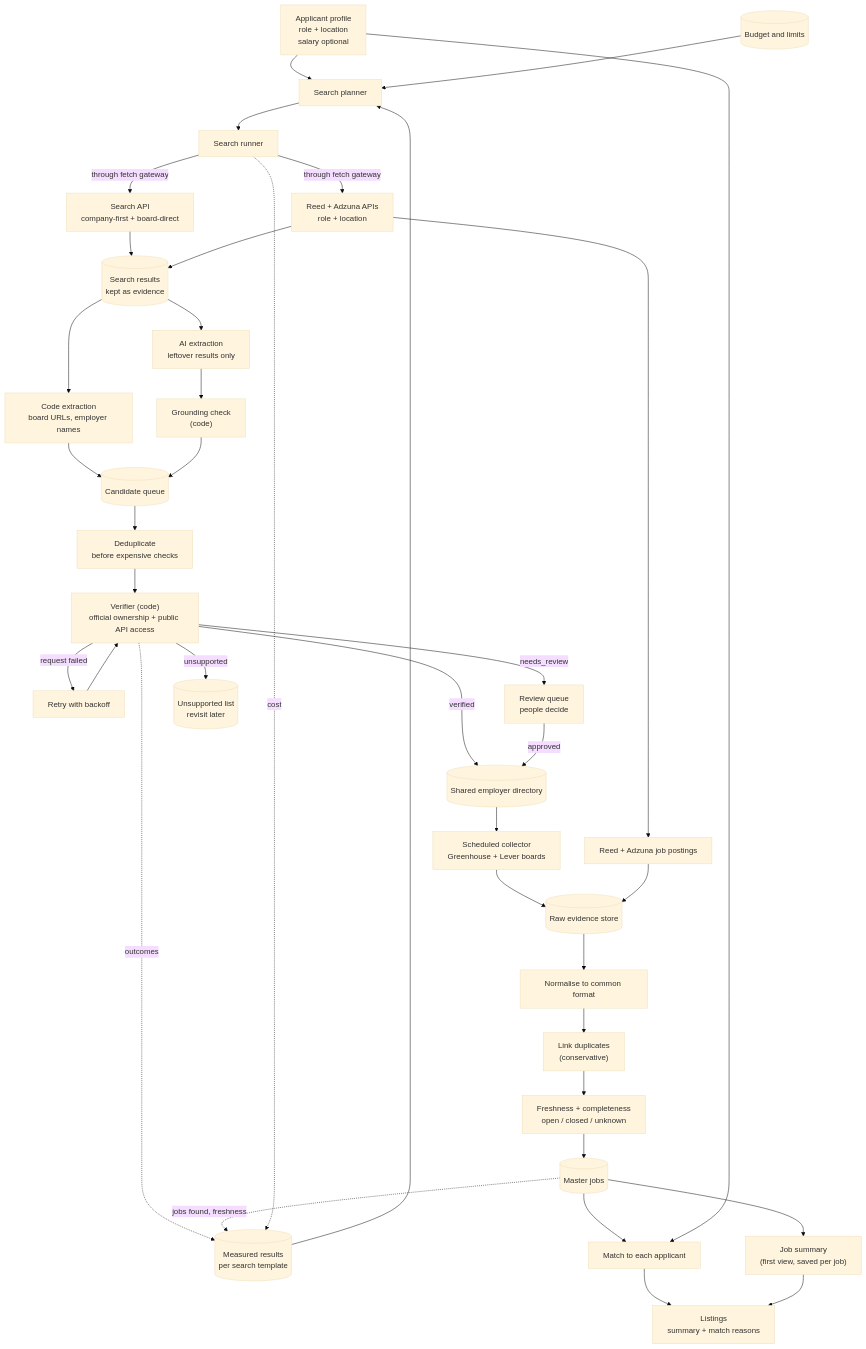
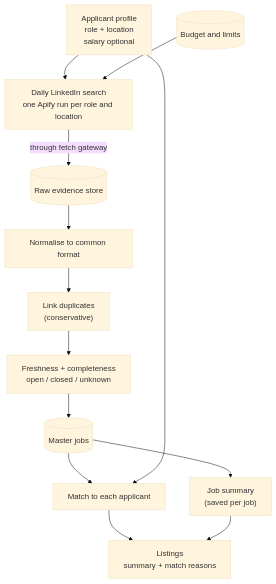
The diagram in MVP.md (mohamedalsayed12/job-application-agent), drawn with Mermaid (base theme) before and after one commit. The commit also changed other lines of this file and 30 other files, not shown here.

First line of the commit message:
refactor: drop the search-API and job-board sources (D54)

````diff
--- a/MVP.md
+++ b/MVP.md
@@ -70,40 +64,15 @@
 ```mermaid
 flowchart TD
-    A["Applicant profile<br/>role + location<br/>salary optional"] --> P["Search planner"]
-    M[("Measured results<br/>per search template")] --> P
-    B[("Budget and limits")] --> P
-    P --> R["Search runner"]
-    R -->|through fetch gateway| S1["Search API<br/>company-first + board-direct"]
-    R -->|through fetch gateway| S2["Reed + Adzuna APIs<br/>role + location"]
-    S1 --> RS[("Search results<br/>kept as evidence")]
-    S2 --> RS
-    RS --> X1["Code extraction<br/>board URLs, employer names"]
-    RS --> X2["AI extraction<br/>leftover results only"]
-    X2 --> G["Grounding check<br/>(code)"]
-    X1 --> Q[("Candidate queue")]
-    G --> Q
-    Q --> D["Deduplicate<br/>before expensive checks"]
-    D --> V["Verifier (code)<br/>official ownership + public API access"]
-    V -->|request failed| RW["Retry with backoff"]
-    RW --> V
-    V -->|verified| ED[("Shared employer directory")]
-    V -->|needs_review| RV["Review queue<br/>people decide"]
-    V -->|unsupported| U[("Unsupported list<br/>revisit later")]
-    RV -->|approved| ED
-    ED --> C["Scheduled collector<br/>Greenhouse + Lever boards"]
-    S2 --> C2["Reed + Adzuna job postings"]
-    C --> EV[("Raw evidence store")]
-    C2 --> EV
+    A["Applicant profile<br/>role + location<br/>salary optional"] --> R["Daily LinkedIn search<br/>one Apify run per role and location"]
+    B[("Budget and limits")] --> R
+    R -->|through fetch gateway| EV[("Raw evidence store")]
     EV --> N["Normalise to common format"]
     N --> DL["Link duplicates<br/>(conservative)"]
     DL --> F["Freshness + completeness<br/>open / closed / unknown"]
     F --> J[("Master jobs")]
     J --> MA["Match to each applicant"]
     A --> MA
-    J --> SU["Job summary<br/>(first view, saved per job)"]
+    J --> SU["Job summary<br/>(saved per job)"]
     MA --> L["Listings<br/>summary + match reasons"]
     SU --> L
-    V -. outcomes .-> M
-    J -. jobs found, freshness .-> M
-    R -. cost .-> M
 ```
````
